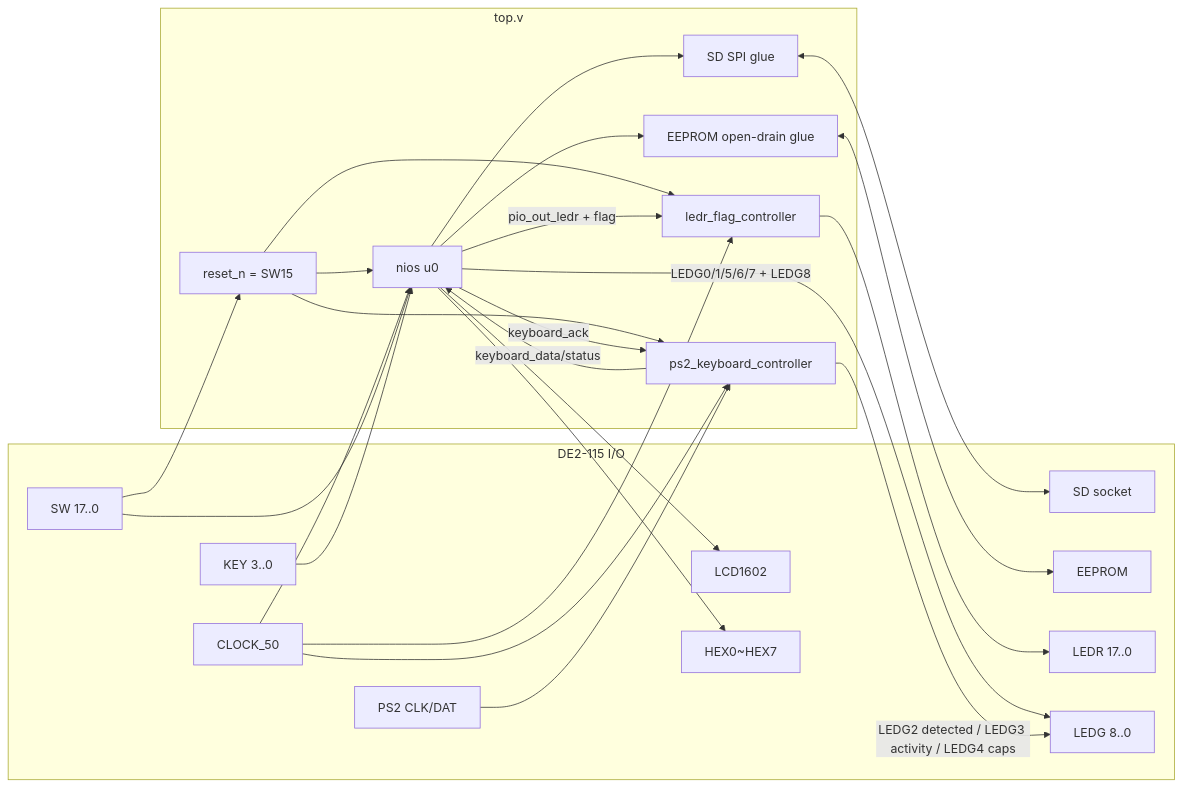
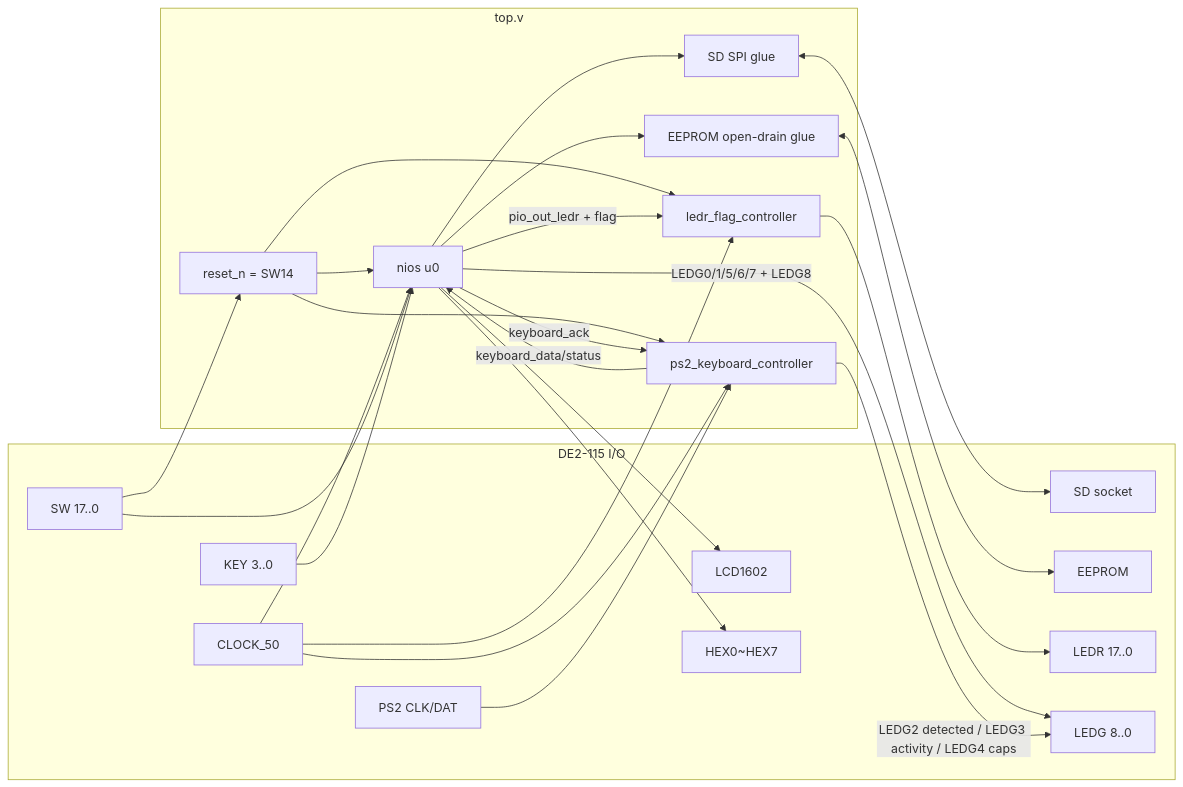
Before and after one commit to Dao-you/altera_nios_typewriter: the second of 13 diagrams in docs/hierarchy.md, drawn with Mermaid. The commit also changed other lines of this file and 5 other files, not shown here.

````diff
--- a/docs/hierarchy.md
+++ b/docs/hierarchy.md
@@ -65,47 +65,47 @@
 ```mermaid
 flowchart LR
     subgraph IO[DE2-115 I/O]
         CLK[CLOCK_50]
         SW[SW 17..0]
         KEY[KEY 3..0]
         PS2IO[PS2 CLK/DAT]
         SDIO[SD socket]
         EEPIO[EEPROM]
         LCDIO[LCD1602]
         HEXIO[HEX0~HEX7]
         LEDRIO[LEDR 17..0]
         LEDGIO[LEDG 8..0]
     end
 
     subgraph TOP[top.v]
-        RST[reset_n = SW15]
+        RST[reset_n = SW14]
         NIOS[nios u0]
         KBDCTRL[ps2_keyboard_controller]
         LEDRCTRL[ledr_flag_controller]
         SDGLUE[SD SPI glue]
         EEPGLUE[EEPROM open-drain glue]
     end
 
     CLK --> NIOS
     CLK --> KBDCTRL
     CLK --> LEDRCTRL
     SW --> RST
     RST --> NIOS
     RST --> KBDCTRL
     RST --> LEDRCTRL
     SW --> NIOS
     KEY --> NIOS
     PS2IO --> KBDCTRL
     KBDCTRL -->|keyboard_data/status| NIOS
     NIOS -->|keyboard_ack| KBDCTRL
     NIOS -->|pio_out_ledr + flag| LEDRCTRL
     LEDRCTRL --> LEDRIO
     NIOS --> LCDIO
     NIOS --> HEXIO
     NIOS -->|LEDG0/1/5/6/7 + LEDG8| LEDGIO
     KBDCTRL -->|LEDG2 detected / LEDG3 activity / LEDG4 caps| LEDGIO
     NIOS --> SDGLUE
     SDGLUE <--> SDIO
     NIOS --> EEPGLUE
     EEPGLUE <--> EEPIO
 ```
````
